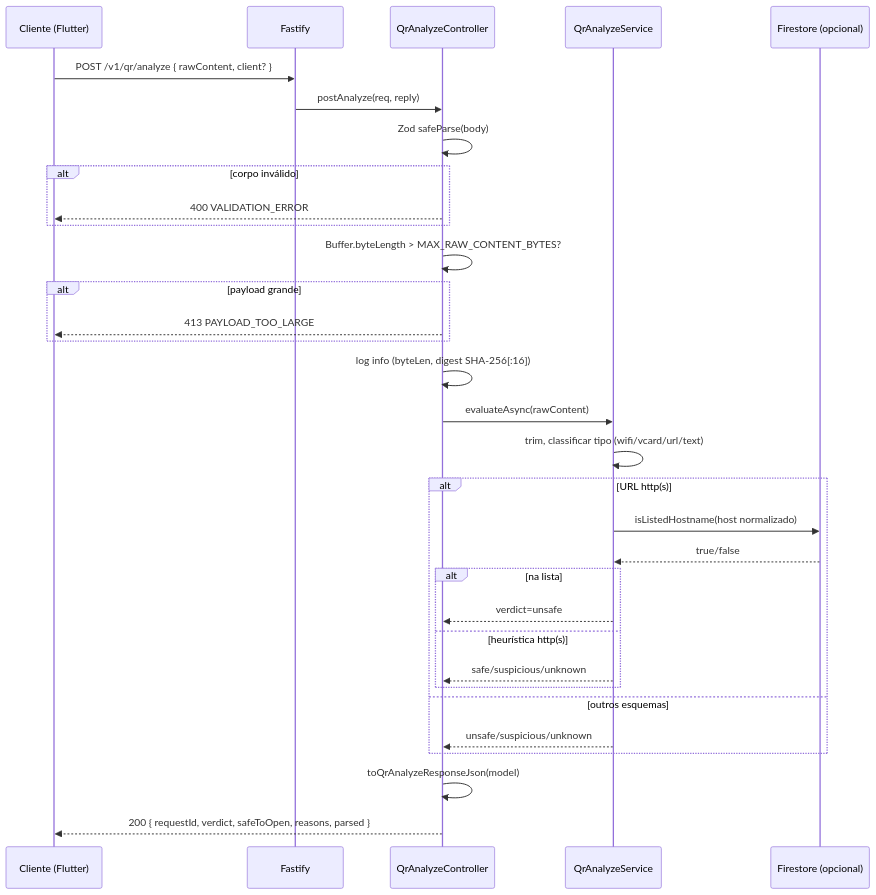
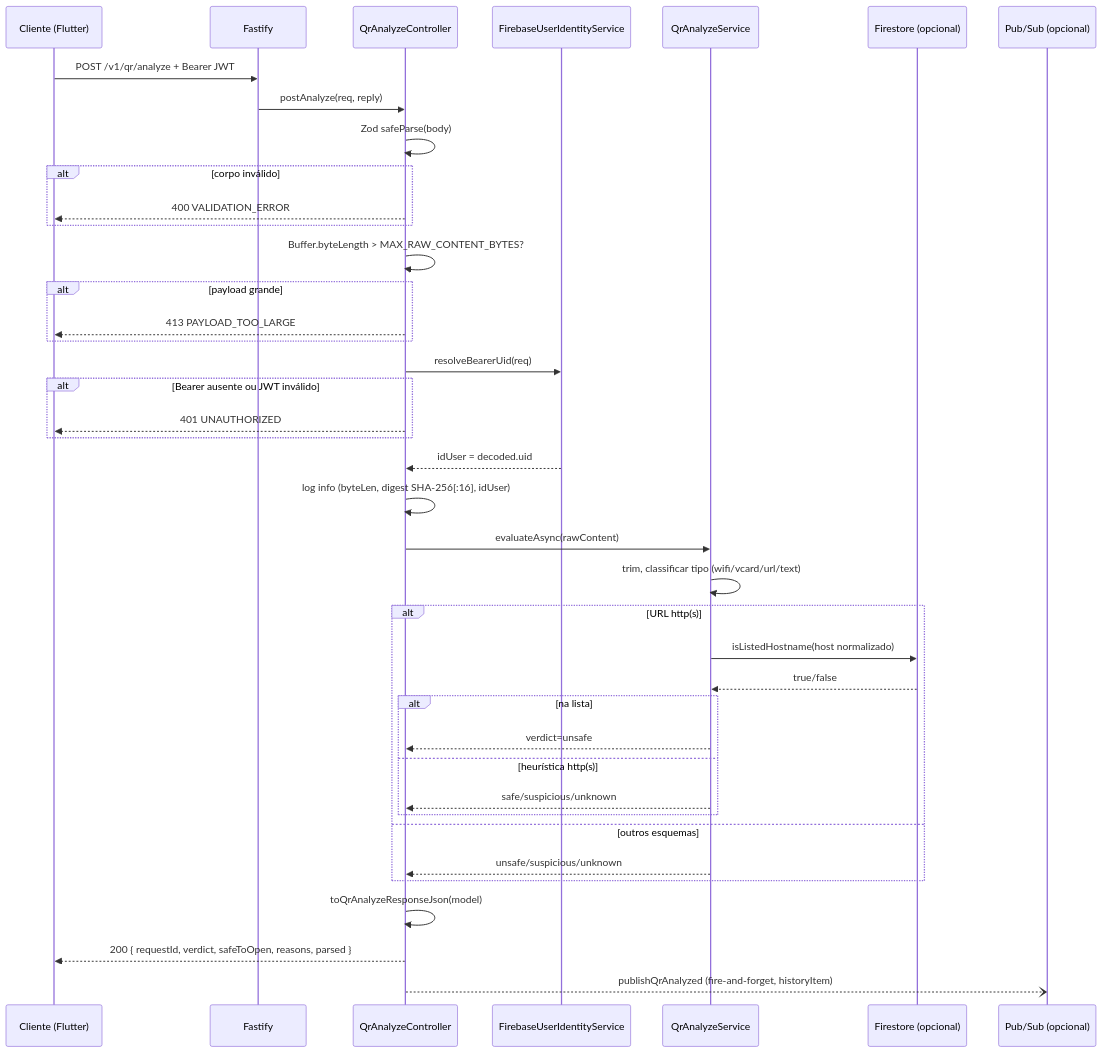
The second of 2 diagrams in safe_qr_back/docs/02-arquitetura.md (AndreWar10/SafeQR), drawn with Mermaid before and after one commit. The commit also changed 104 other files, not shown here.

Commit message:
feat: implement Firebase Anonymous Auth for user identity management and enhance documentation for remote history integration

````diff
--- a/safe_qr_back/docs/02-arquitetura.md
+++ b/safe_qr_back/docs/02-arquitetura.md
@@ -85,35 +85,43 @@
 ```mermaid
 sequenceDiagram
   participant C as Cliente (Flutter)
   participant F as Fastify
   participant Ctrl as QrAnalyzeController
+  participant Auth as FirebaseUserIdentityService
   participant Svc as QrAnalyzeService
   participant FS as Firestore (opcional)
+  participant PS as Pub/Sub (opcional)
 
-  C->>F: POST /v1/qr/analyze { rawContent, client? }
+  C->>F: POST /v1/qr/analyze + Bearer JWT
   F->>Ctrl: postAnalyze(req, reply)
   Ctrl->>Ctrl: Zod safeParse(body)
   alt corpo inválido
     Ctrl-->>C: 400 VALIDATION_ERROR
   end
   Ctrl->>Ctrl: Buffer.byteLength > MAX_RAW_CONTENT_BYTES?
   alt payload grande
     Ctrl-->>C: 413 PAYLOAD_TOO_LARGE
   end
-  Ctrl->>Ctrl: log info (byteLen, digest SHA-256[:16])
+  Ctrl->>Auth: resolveBearerUid(req)
+  alt Bearer ausente ou JWT inválido
+    Ctrl-->>C: 401 UNAUTHORIZED
+  end
+  Auth-->>Ctrl: idUser = decoded.uid
+  Ctrl->>Ctrl: log info (byteLen, digest SHA-256[:16], idUser)
   Ctrl->>Svc: evaluateAsync(rawContent)
   Svc->>Svc: trim, classificar tipo (wifi/vcard/url/text)
   alt URL http(s)
     Svc->>FS: isListedHostname(host normalizado)
     FS-->>Svc: true/false
     alt na lista
       Svc-->>Ctrl: verdict=unsafe
     else heurística http(s)
       Svc-->>Ctrl: safe/suspicious/unknown
     end
   else outros esquemas
     Svc-->>Ctrl: unsafe/suspicious/unknown
   end
   Ctrl->>Ctrl: toQrAnalyzeResponseJson(model)
   Ctrl-->>C: 200 { requestId, verdict, safeToOpen, reasons, parsed }
+  Ctrl--)PS: publishQrAnalyzed (fire-and-forget, historyItem)
 ```
````
